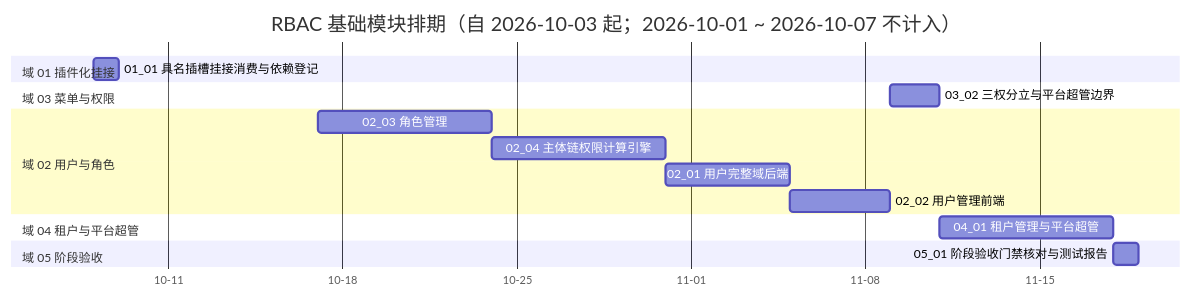
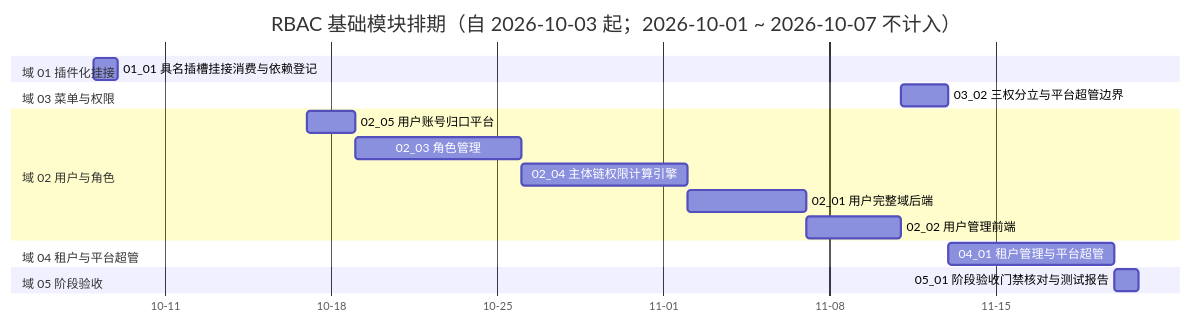
Before and after one commit to minjian123/basic-management-system: the diagram in bms文档/项目/07_RBAC基础模块/计划/01_计划_RBAC基础模块.md, drawn with Mermaid. The commit also changed other lines of this file and 10 other files, not shown here.

````diff
--- a/bms文档/项目/07_RBAC基础模块/计划/01_计划_RBAC基础模块.md
+++ b/bms文档/项目/07_RBAC基础模块/计划/01_计划_RBAC基础模块.md
@@ -44,19 +45,20 @@
 ```mermaid
 gantt
     title RBAC 基础模块排期（自 2026-10-03 起；2026-10-01 ~ 2026-10-07 不计入）
     dateFormat  YYYY-MM-DD
     axisFormat %m-%d
     section 域 01 插件化挂接
     01_01 具名插槽挂接消费与依赖登记 :a0101, 2026-10-08, 1d
     section 域 03 菜单与权限
-    03_02 三权分立与平台超管边界 :a0302, 2026-11-09, 2d
+    03_02 三权分立与平台超管边界 :a0302, 2026-11-11, 2d
     section 域 02 用户与角色
-    02_03 角色管理 :a0203, 2026-10-17, 7d
-    02_04 主体链权限计算引擎 :a0204, 2026-10-24, 7d
-    02_01 用户完整域后端 :a0201, 2026-10-31, 5d
-    02_02 用户管理前端 :a0202, 2026-11-05, 4d
+    02_05 用户账号归口平台 :a0205, 2026-10-17, 2d
+    02_03 角色管理 :a0203, 2026-10-19, 7d
+    02_04 主体链权限计算引擎 :a0204, 2026-10-26, 7d
+    02_01 用户完整域后端 :a0201, 2026-11-02, 5d
+    02_02 用户管理前端 :a0202, 2026-11-07, 4d
     section 域 04 租户与平台超管
-    04_01 租户管理与平台超管 :a0401, 2026-11-11, 7d
+    04_01 租户管理与平台超管 :a0401, 2026-11-13, 7d
     section 域 05 阶段验收
-    05_01 阶段验收门禁核对与测试报告 :a0501, 2026-11-18, 1d
+    05_01 阶段验收门禁核对与测试报告 :a0501, 2026-11-20, 1d
 ```
````
